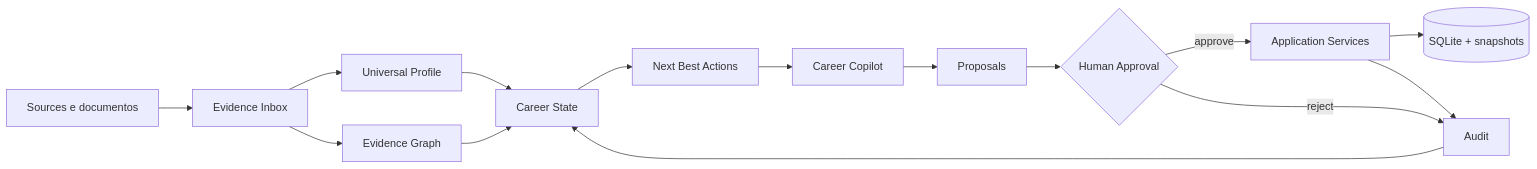
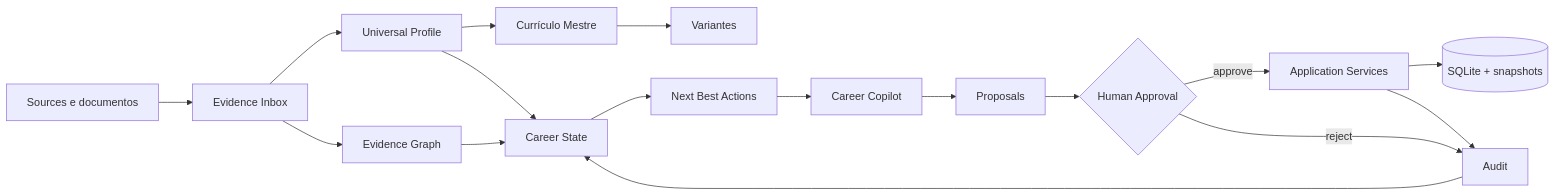
Before and after one commit to Soturine/SotuHire: the first of 2 diagrams in README.md, drawn with Mermaid. The commit also changed other lines of this file and 141 other files, not shown here.

````diff
--- a/README.md
+++ b/README.md
@@ -80,17 +99,19 @@
 ```mermaid
 flowchart LR
   S[Sources e documentos] --> I[Evidence Inbox]
   I --> P[Universal Profile]
   I --> G[Evidence Graph]
+  P --> M[Currículo Mestre]
+  M --> V[Variantes]
   P --> C[Career State]
   G --> C
   C --> N[Next Best Actions]
   N --> O[Career Copilot]
   O --> Q[Proposals]
   Q --> H{Human Approval}
   H -->|approve| A[Application Services]
   H -->|reject| U[Audit]
   A --> D[(SQLite + snapshots)]
   A --> U
   U --> C
 ```
````
